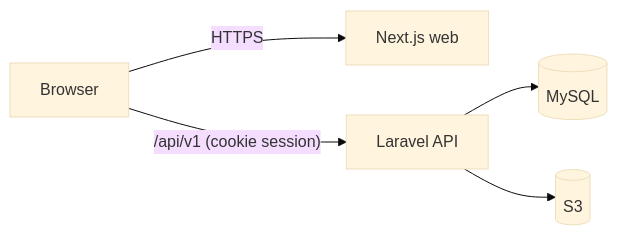
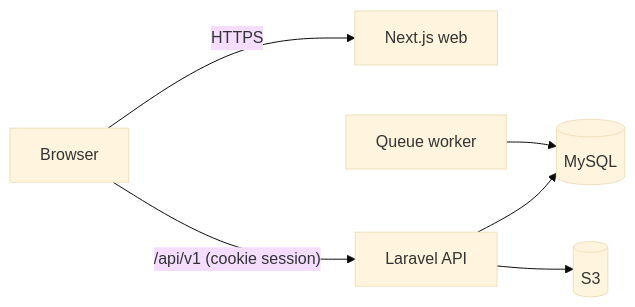
Before and after one commit to VoHieu906/Cyber-Compass: the diagram in README.md, drawn with Mermaid (base theme). The commit also changed other lines of this file and 2 other files, not shown here.

````diff
--- a/README.md
+++ b/README.md
@@ -36,7 +38,8 @@
 ```mermaid
 flowchart LR
   B[Browser] -->|HTTPS| W[Next.js web]
   B -->|"/api/v1 (cookie session)"| A[Laravel API]
   A --> D[(MySQL)]
   A --> S[(S3)]
+  Q[Queue worker] --> D
 ```
````
